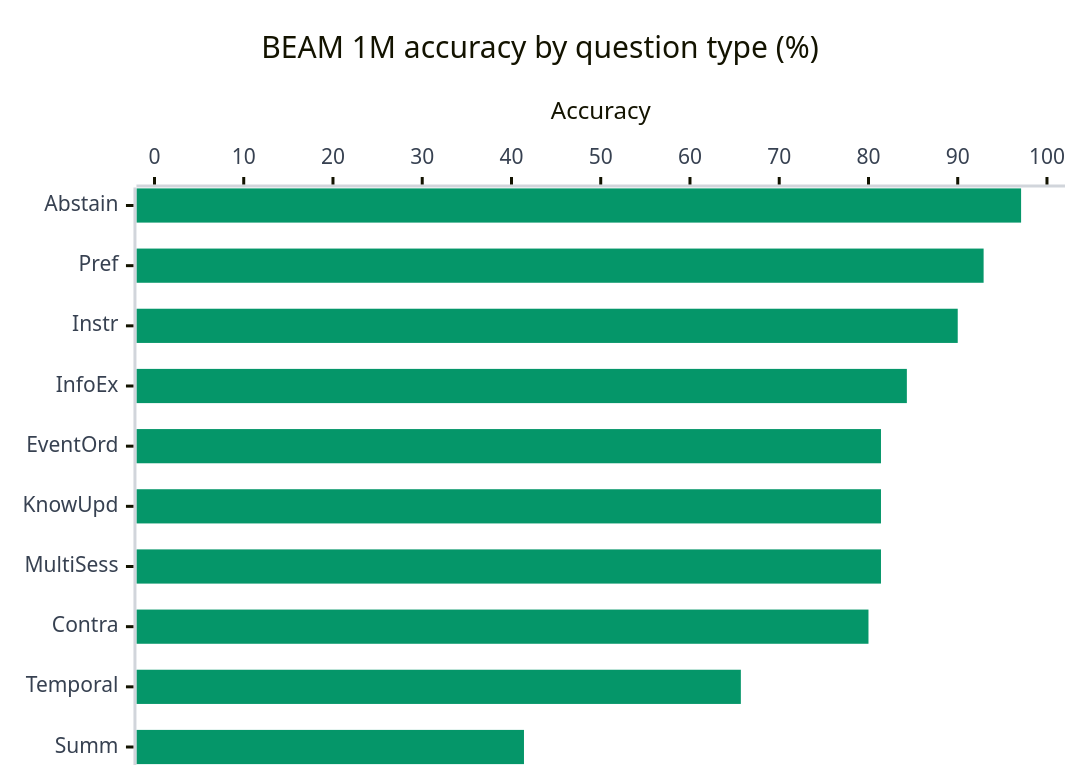
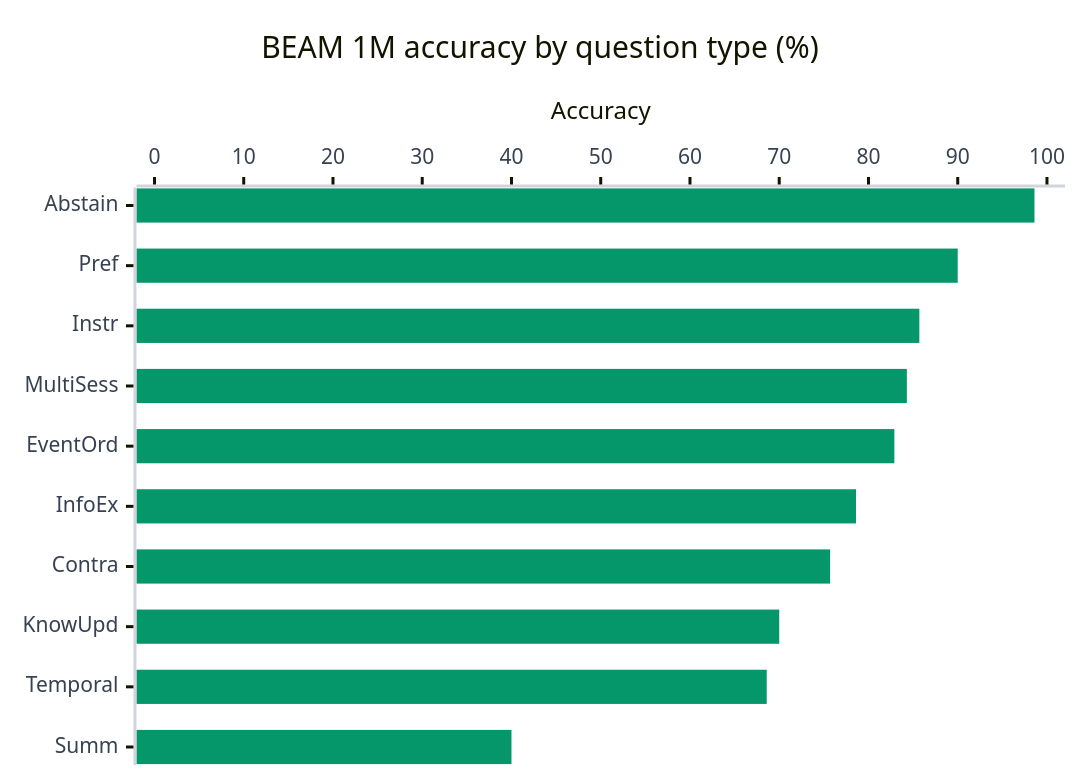
One commit to ahammadnafiz/engram changed the third of 4 diagrams in docs/benchmarks.md. Above: the diagram before and after it, drawn with Mermaid. The commit also changed other lines of this file and 21 other files, not shown here.

First line of the commit message:
docs(benchmark): publish 2026-06-21 runs + dark diagram set

````diff
--- a/docs/benchmarks.md
+++ b/docs/benchmarks.md
@@ -134,19 +136,19 @@
 ```mermaid
 ---
 config:
   theme: base
   themeVariables:
     xyChart:
       backgroundColor: "transparent"
       plotColorPalette: "#059669"
       xAxisLabelColor: "#374151"
       yAxisLabelColor: "#374151"
       xAxisLineColor: "#d1d5db"
       yAxisLineColor: "#d1d5db"
 ---
 xychart-beta horizontal
     title "BEAM 1M accuracy by question type (%)"
-    x-axis ["Abstain", "Pref", "Instr", "InfoEx", "EventOrd", "KnowUpd", "MultiSess", "Contra", "Temporal", "Summ"]
+    x-axis ["Abstain", "Pref", "Instr", "MultiSess", "EventOrd", "InfoEx", "Contra", "KnowUpd", "Temporal", "Summ"]
     y-axis "Accuracy" 0 --> 100
-    bar [97.1, 92.9, 90.0, 84.3, 81.4, 81.4, 81.4, 80.0, 65.7, 41.4]
+    bar [98.6, 90.0, 85.7, 84.3, 82.9, 78.6, 75.7, 70.0, 68.6, 40.0]
 ```
````
